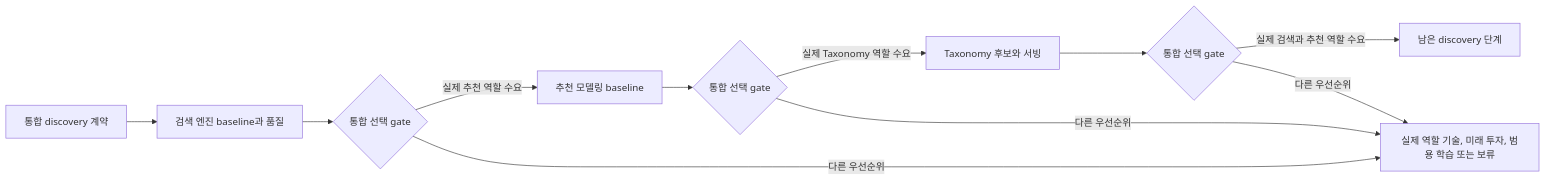
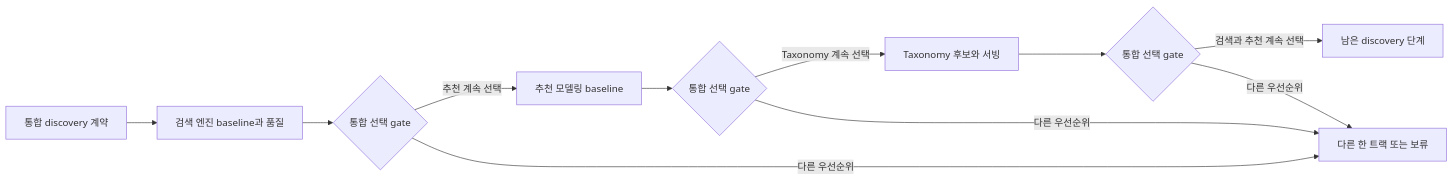
Before and after one commit to dc-choi/interview: the diagram in fit/growth/learning/roadmaps/2027-Search-Recommendation-Roadmap.md, drawn with Mermaid. The commit also changed other lines of this file and 9 other files, not shown here.

Commit message:
docs(growth): align roadmap with resignation plan

````diff
--- a/fit/growth/learning/roadmaps/2027-Search-Recommendation-Roadmap.md
+++ b/fit/growth/learning/roadmaps/2027-Search-Recommendation-Roadmap.md
@@ -31,13 +31,13 @@
 ```mermaid
 flowchart LR
   A[통합 discovery 계약] --> B[검색 엔진 baseline과 품질]
   B --> G{통합 선택 gate}
-  G -->|실제 추천 역할 수요| C[추천 모델링 baseline]
-  G -->|다른 우선순위| X[실제 역할 기술, 미래 투자, 범용 학습 또는 보류]
+  G -->|추천 계속 선택| C[추천 모델링 baseline]
+  G -->|다른 우선순위| X[다른 한 트랙 또는 보류]
   C --> I{통합 선택 gate}
-  I -->|실제 Taxonomy 역할 수요| D[Taxonomy 후보와 서빙]
+  I -->|Taxonomy 계속 선택| D[Taxonomy 후보와 서빙]
   I -->|다른 우선순위| X
   D --> H{통합 선택 gate}
-  H -->|실제 검색과 추천 역할 수요| F[남은 discovery 단계]
+  H -->|검색과 추천 계속 선택| F[남은 discovery 단계]
   H -->|다른 우선순위| X
 ```
````
